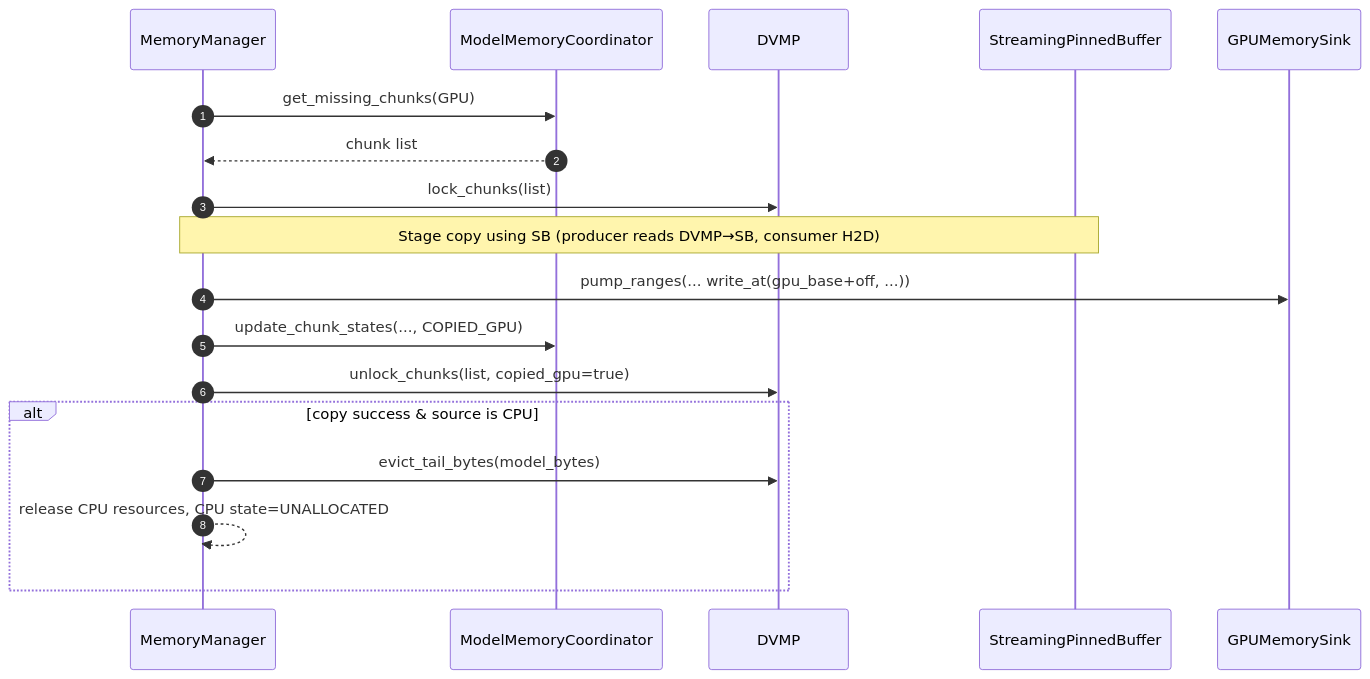
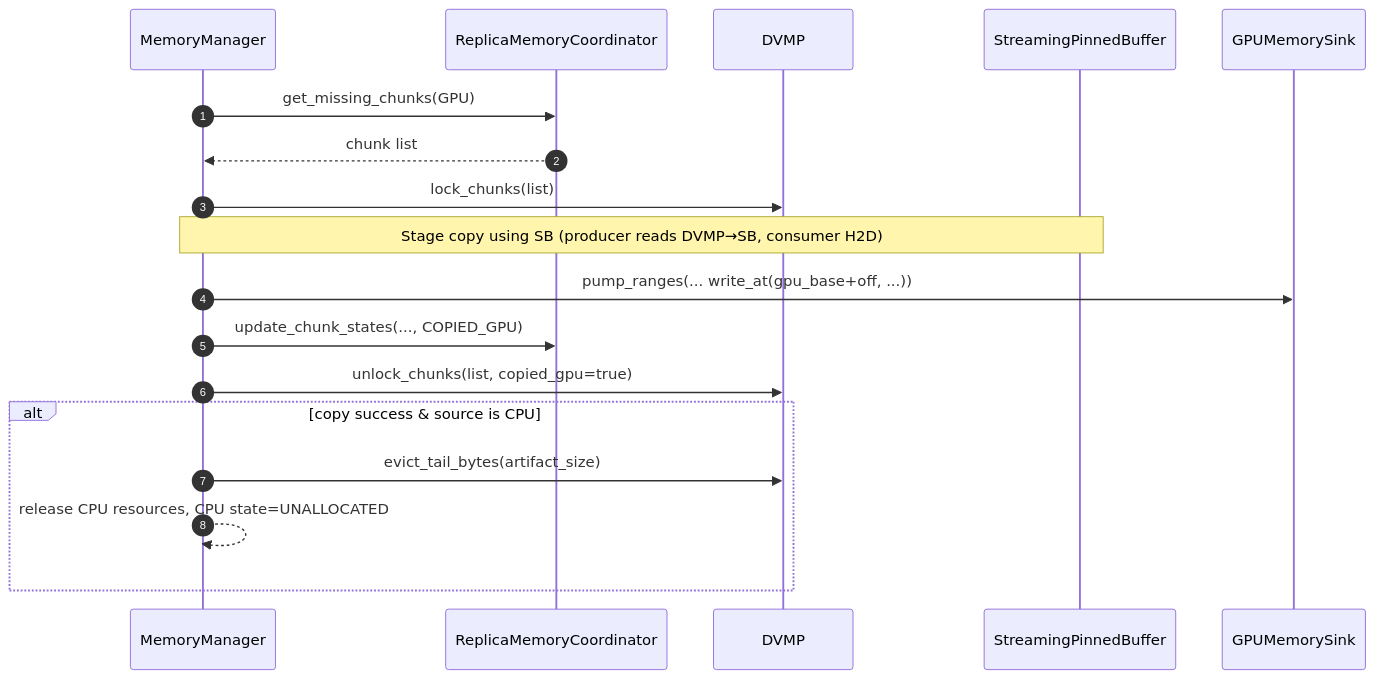
Before and after one commit to tensorcast-ai/tensorcast: the fourth of 7 diagrams in rfcs/0001-distributed-virtual-memory-pool.md, drawn with Mermaid. The commit also changed other lines of this file and 331 other files, not shown here.

Commit message:
refactor: refactor model to artifact & replica

````diff
--- a/rfcs/0001-distributed-virtual-memory-pool.md
+++ b/rfcs/0001-distributed-virtual-memory-pool.md
@@ -266,21 +266,21 @@
 ```mermaid
 sequenceDiagram
     autonumber
     participant MM as MemoryManager
-    participant UMA as ModelMemoryCoordinator
+    participant UMA as ReplicaMemoryCoordinator
     participant DV as DVMP
     participant SB as StreamingPinnedBuffer
     participant GP as GPUMemorySink
 
     MM->>UMA: get_missing_chunks(GPU)
     UMA-->>MM: chunk list
     MM->>DV: lock_chunks(list)
     Note over MM,SB: Stage copy using SB (producer reads DVMP→SB, consumer H2D)
     MM->>GP: pump_ranges(... write_at(gpu_base+off, ...))
     MM->>UMA: update_chunk_states(..., COPIED_GPU)
     MM->>DV: unlock_chunks(list, copied_gpu=true)
     alt copy success & source is CPU
-        MM->>DV: evict_tail_bytes(model_bytes)
+        MM->>DV: evict_tail_bytes(artifact_size)
         MM-->>MM: release CPU resources, CPU state=UNALLOCATED
     end
 ```
````
